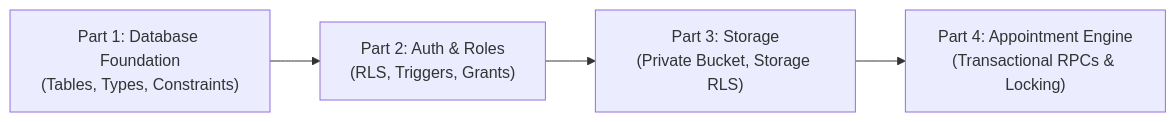
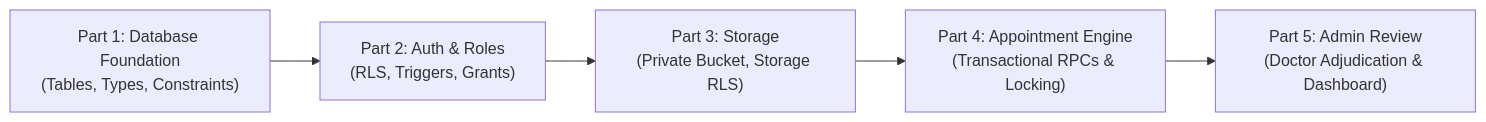
The diagram in docs/phase-2/README.md (rakeshn7/VoiceCare), drawn with Mermaid before and after one commit. The commit also changed other lines of this file and 15 other files, not shown here.

Commit message:
feat(phase-2): complete part 5 admin review dashboard and doctor verification workflow

````diff
--- a/docs/phase-2/README.md
+++ b/docs/phase-2/README.md
@@ -112,6 +129,7 @@
 ```mermaid
 flowchart LR
     P1["Part 1: Database Foundation<br/>(Tables, Types, Constraints)"] --> P2["Part 2: Auth & Roles<br/>(RLS, Triggers, Grants)"]
     P2 --> P3["Part 3: Storage<br/>(Private Bucket, Storage RLS)"]
     P3 --> P4["Part 4: Appointment Engine<br/>(Transactional RPCs & Locking)"]
+    P4 --> P5["Part 5: Admin Review<br/>(Doctor Adjudication & Dashboard)"]
 ```
````
